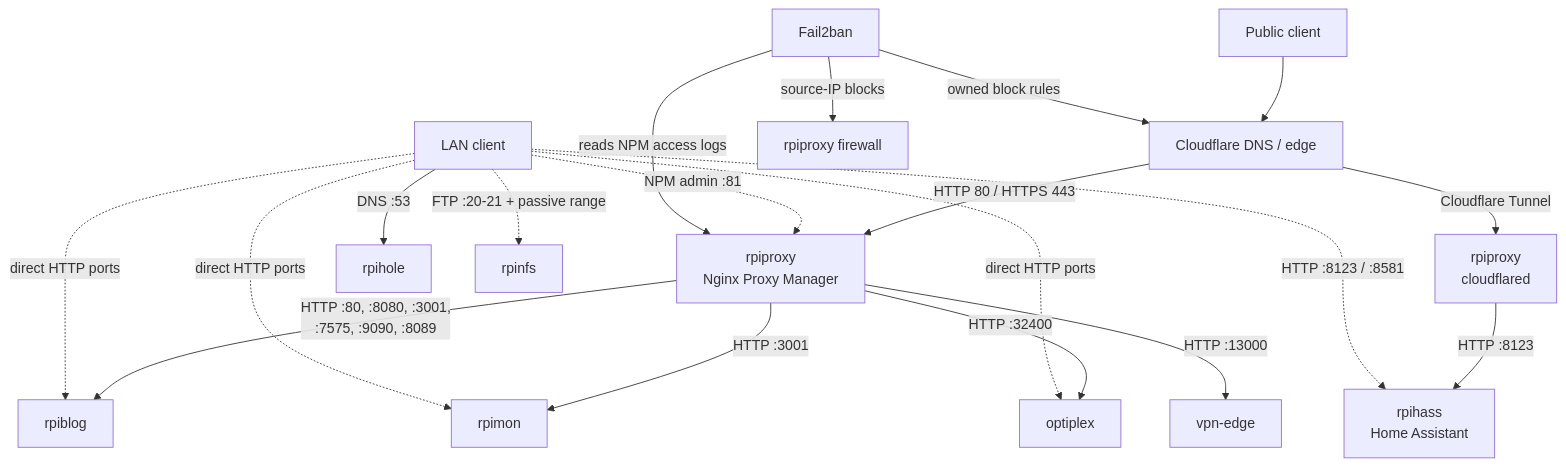
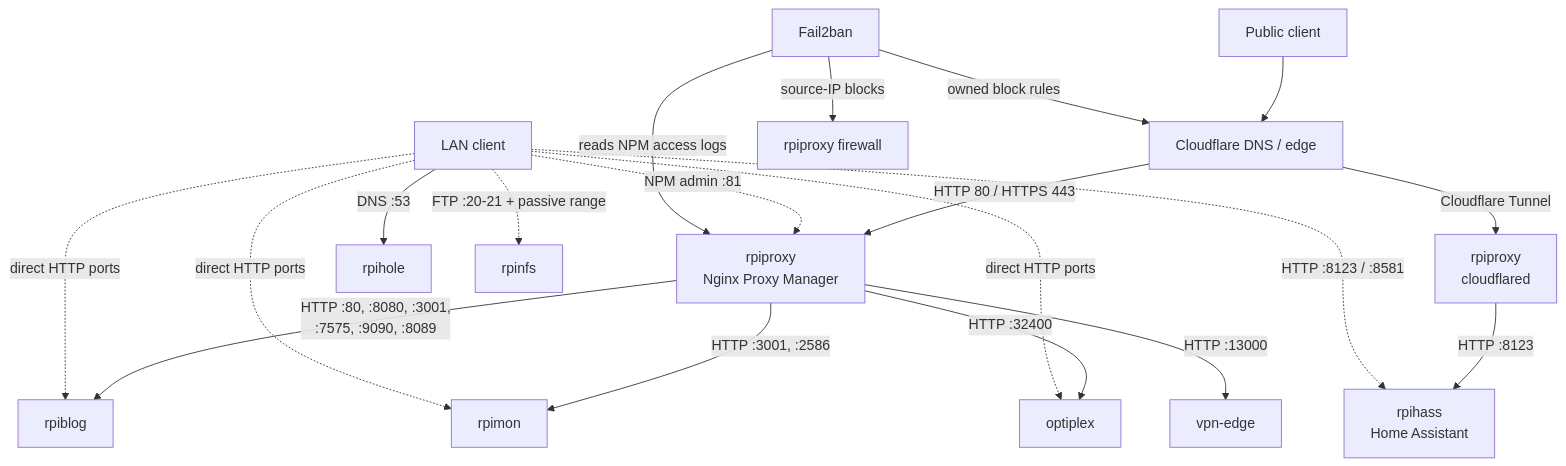
One commit to viseshrp/homelab changed the first of 2 diagrams in docs/architecture.md. Above: the diagram before and after it, drawn with Mermaid. The commit also changed other lines of this file and 21 other files, not shown here.

````diff
--- a/docs/architecture.md
+++ b/docs/architecture.md
@@ -7,23 +7,23 @@
 ```mermaid
 flowchart TB
     public["Public client"] --> cloudflare["Cloudflare DNS / edge"]
     cloudflare -->|"HTTP 80 / HTTPS 443"| npm["rpiproxy<br/>Nginx Proxy Manager"]
     cloudflare -->|"Cloudflare Tunnel"| tunnel["rpiproxy<br/>cloudflared"]
     tunnel -->|"HTTP :8123"| rpihass["rpihass<br/>Home Assistant"]
     npm -->|"HTTP :80, :8080, :3001,<br/>:7575, :9090, :8089"| rpiblog
-    npm -->|"HTTP :3001"| rpimon
+    npm -->|"HTTP :3001, :2586"| rpimon
     npm -->|"HTTP :32400"| optiplex
     npm -->|"HTTP :13000"| vpnedge["vpn-edge"]
 
     lan["LAN client"] -->|"DNS :53"| rpihole
     lan -. "direct HTTP ports" .-> rpiblog
     lan -. "direct HTTP ports" .-> rpimon
     lan -. "direct HTTP ports" .-> optiplex
     lan -. "HTTP :8123 / :8581" .-> rpihass
     lan -. "FTP :20-21 + passive range" .-> rpinfs
     lan -. "NPM admin :81" .-> npm
 
     fail2ban["Fail2ban"] -->|"reads NPM access logs"| npm
     fail2ban -->|"source-IP blocks"| firewall["rpiproxy firewall"]
     fail2ban -->|"owned block rules"| cloudflare
 ```
````
